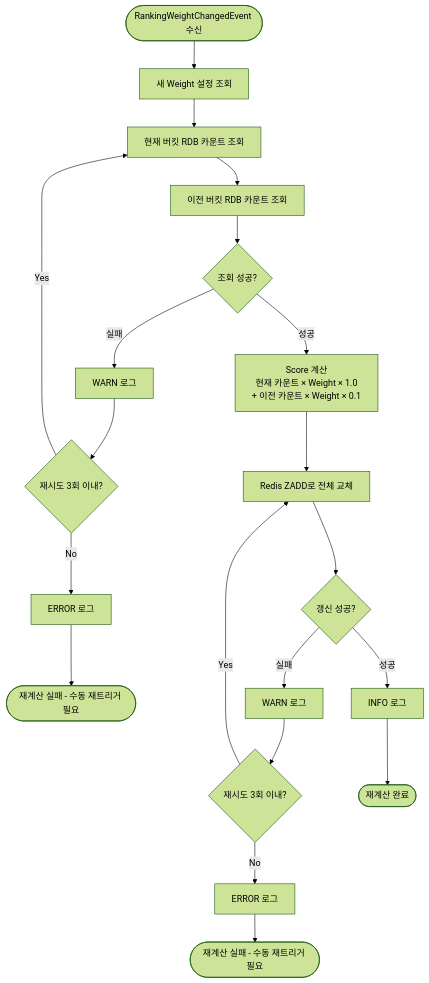
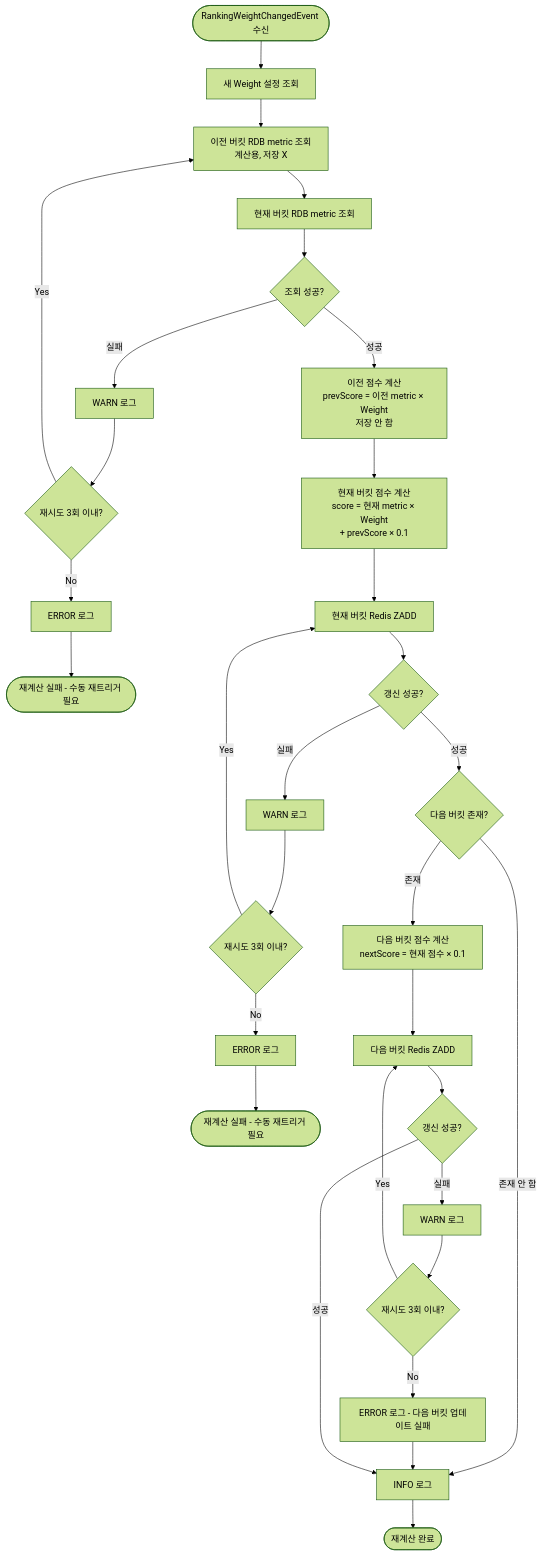
The fourth of 4 diagrams in docs/week9/detailed-design-ranking-system.md (Loopers-dev-lab/loopers-spring-kotlin-template), drawn with Mermaid (forest theme) before and after one commit. The commit also changed other lines of this file and 10 other files, not shown here.

````diff
--- a/docs/week9/detailed-design-ranking-system.md
+++ b/docs/week9/detailed-design-ranking-system.md
@@ -119,30 +124,48 @@
 ```mermaid
 flowchart TD
     Start([RankingWeightChangedEvent 수신]) --> FetchWeight[새 Weight 설정 조회]
     
-    FetchWeight --> FetchCurrentBucket[현재 버킷 RDB 카운트 조회]
-    FetchCurrentBucket --> FetchPrevBucket[이전 버킷 RDB 카운트 조회]
+    FetchWeight --> FetchPrevMetric[이전 버킷 RDB metric 조회<br/>계산용, 저장 X]
+    FetchPrevMetric --> FetchCurrentMetric[현재 버킷 RDB metric 조회]
     
-    FetchPrevBucket --> FetchSuccess{조회 성공?}
+    FetchCurrentMetric --> FetchSuccess{조회 성공?}
     
     FetchSuccess -->|실패| LogFetchError[WARN 로그]
     LogFetchError --> RetryFetch{재시도 3회 이내?}
-    RetryFetch -->|Yes| FetchCurrentBucket
+    RetryFetch -->|Yes| FetchPrevMetric
     RetryFetch -->|No| FetchFail[ERROR 로그]
     FetchFail --> End1([재계산 실패 - 수동 재트리거 필요])
     
-    FetchSuccess -->|성공| CalcScores[Score 계산<br/>현재 카운트 × Weight × 1.0<br/>+ 이전 카운트 × Weight × 0.1]
+    FetchSuccess -->|성공| CalcPrevScores[이전 점수 계산<br/>prevScore = 이전 metric × Weight<br/>저장 안 함]
     
-    CalcScores --> ReplaceRedis[Redis ZADD로 전체 교체]
+    CalcPrevScores --> CalcCurrentScores[현재 버킷 점수 계산<br/>score = 현재 metric × Weight<br/>+ prevScore × 0.1]
     
-    ReplaceRedis --> RedisSuccess{갱신 성공?}
+    CalcCurrentScores --> ReplaceCurrentBucket[현재 버킷 Redis ZADD]
     
-    RedisSuccess -->|실패| LogRedisWarn[WARN 로그]
-    LogRedisWarn --> RetryRedis{재시도 3회 이내?}
-    RetryRedis -->|Yes| ReplaceRedis
-    RetryRedis -->|No| LogRedisError[ERROR 로그]
-    LogRedisError --> End2([재계산 실패 - 수동 재트리거 필요])
+    ReplaceCurrentBucket --> CurrentSuccess{갱신 성공?}
     
-    RedisSuccess -->|성공| LogSuccess[INFO 로그]
+    CurrentSuccess -->|실패| LogCurrentWarn[WARN 로그]
+    LogCurrentWarn --> RetryCurrentRedis{재시도 3회 이내?}
+    RetryCurrentRedis -->|Yes| ReplaceCurrentBucket
+    RetryCurrentRedis -->|No| LogCurrentError[ERROR 로그]
+    LogCurrentError --> End2([재계산 실패 - 수동 재트리거 필요])
+    
+    CurrentSuccess -->|성공| CheckNextBucket{다음 버킷 존재?}
+    
+    CheckNextBucket -->|존재 안 함| LogSuccess[INFO 로그]
+    
+    CheckNextBucket -->|존재| CalcNextScores[다음 버킷 점수 계산<br/>nextScore = 현재 점수 × 0.1]
+    
+    CalcNextScores --> ReplaceNextBucket[다음 버킷 Redis ZADD]
+    
+    ReplaceNextBucket --> NextSuccess{갱신 성공?}
+    
+    NextSuccess -->|실패| LogNextWarn[WARN 로그]
+    LogNextWarn --> RetryNextRedis{재시도 3회 이내?}
+    RetryNextRedis -->|Yes| ReplaceNextBucket
+    RetryNextRedis -->|No| LogNextError[ERROR 로그 - 다음 버킷 업데이트 실패]
+    LogNextError --> LogSuccess
+    
+    NextSuccess -->|성공| LogSuccess
     LogSuccess --> End3([재계산 완료])
 ```
````
